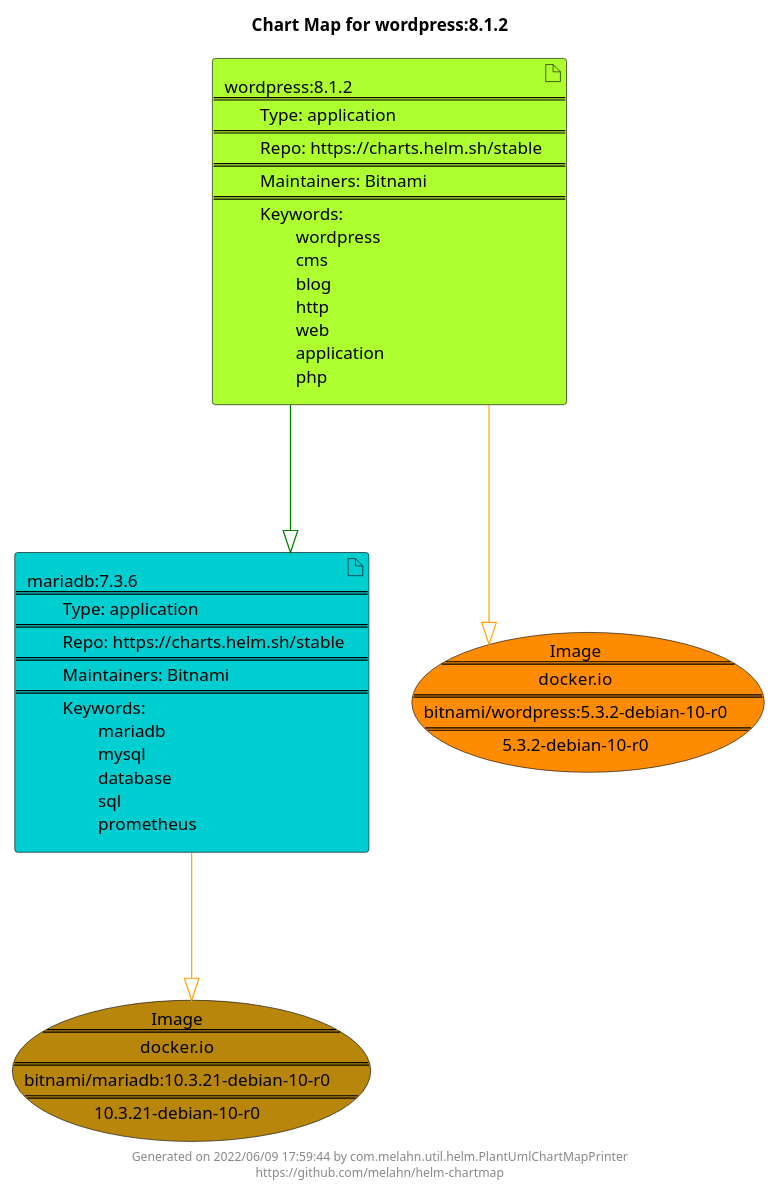
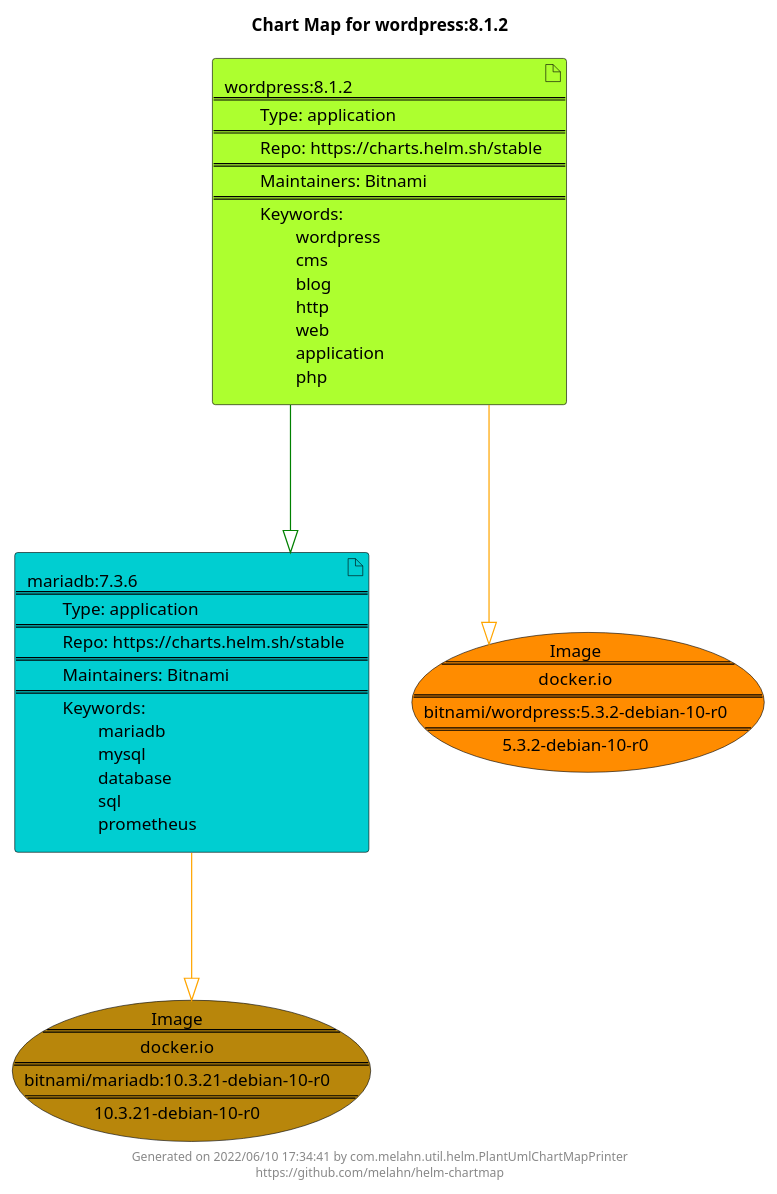
The diagram in docs/wordpress/wordpress-8.1.2.puml (melahn/helm-chartmap), drawn with PlantUML before and after one commit. The commit also changed 58 other files, not shown here.

Commit message:
Update Example Chart Maps as part of GitHub build

```diff
--- a/docs/wordpress/wordpress-8.1.2.puml
+++ b/docs/wordpress/wordpress-8.1.2.puml
@@ -1,25 +1,25 @@
 @startuml
 skinparam linetype ortho
 skinparam backgroundColor white
 skinparam usecaseBorderColor black
 skinparam usecaseArrowColor LightSlateGray
 skinparam artifactBorderColor black
 skinparam artifactArrowColor LightSlateGray
 
 title Chart Map for wordpress:8.1.2
 
 'There are 2 referenced Helm Charts
 artifact "mariadb:7.3.6\n====\n\tType: application\n====\n\tRepo: https://charts.helm.sh/stable\n====\n\tMaintainers: Bitnami\n====\n\tKeywords: \n\t\tmariadb\n\t\tmysql\n\t\tdatabase\n\t\tsql\n\t\tprometheus" as mariadb_7_3_6 #DarkTurquoise
 artifact "wordpress:8.1.2\n====\n\tType: application\n====\n\tRepo: https://charts.helm.sh/stable\n====\n\tMaintainers: Bitnami\n====\n\tKeywords: \n\t\twordpress\n\t\tcms\n\t\tblog\n\t\thttp\n\t\tweb\n\t\tapplication\n\t\tphp" as wordpress_8_1_2 #GreenYellow
 
 'There are 2 referenced Docker Images
 usecase "Image\n====\ndocker.io\n====\nbitnami/mariadb:10.3.21-debian-10-r0\n====\n10.3.21-debian-10-r0" as docker_io_bitnami_mariadb_10_3_21_debian_10_r0 #DarkGoldenRod
 usecase "Image\n====\ndocker.io\n====\nbitnami/wordpress:5.3.2-debian-10-r0\n====\n5.3.2-debian-10-r0" as docker_io_bitnami_wordpress_5_3_2_debian_10_r0 #Darkorange
 
 'Chart Dependencies
 wordpress_8_1_2--[#green]-|>mariadb_7_3_6
 mariadb_7_3_6--[#orange]-|>docker_io_bitnami_mariadb_10_3_21_debian_10_r0
 wordpress_8_1_2--[#orange]-|>docker_io_bitnami_wordpress_5_3_2_debian_10_r0
 
-center footer Generated on 2022/06/09 17:59:44 by com.melahn.util.helm.PlantUmlChartMapPrinter\nhttps://github.com/melahn/helm-chartmap
+center footer Generated on 2022/06/10 17:34:41 by com.melahn.util.helm.PlantUmlChartMapPrinter\nhttps://github.com/melahn/helm-chartmap
 @enduml
```
